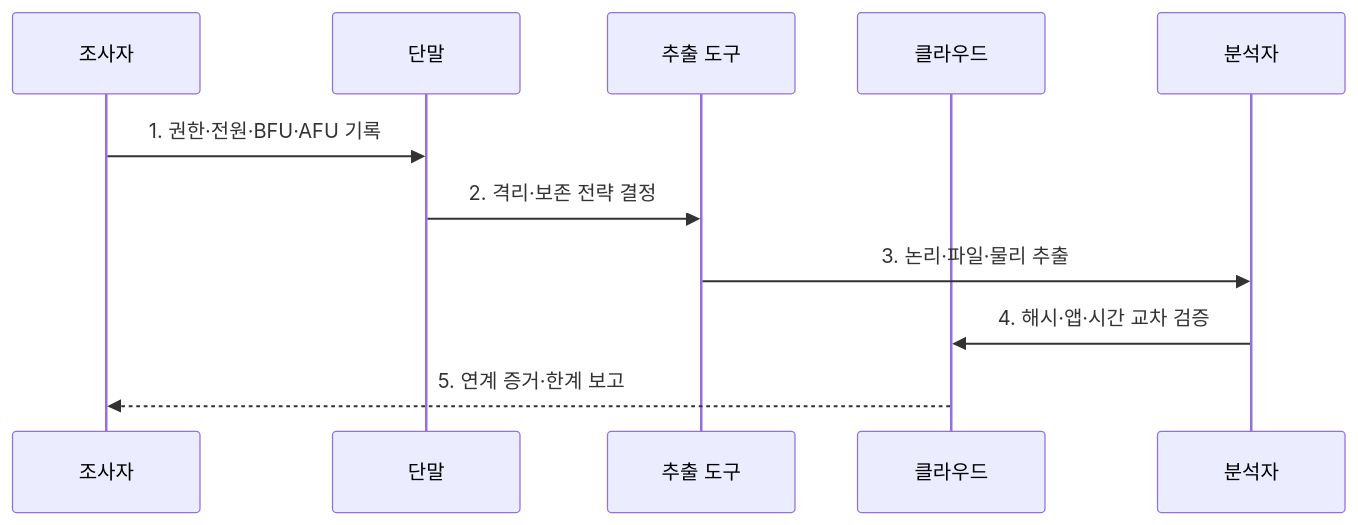
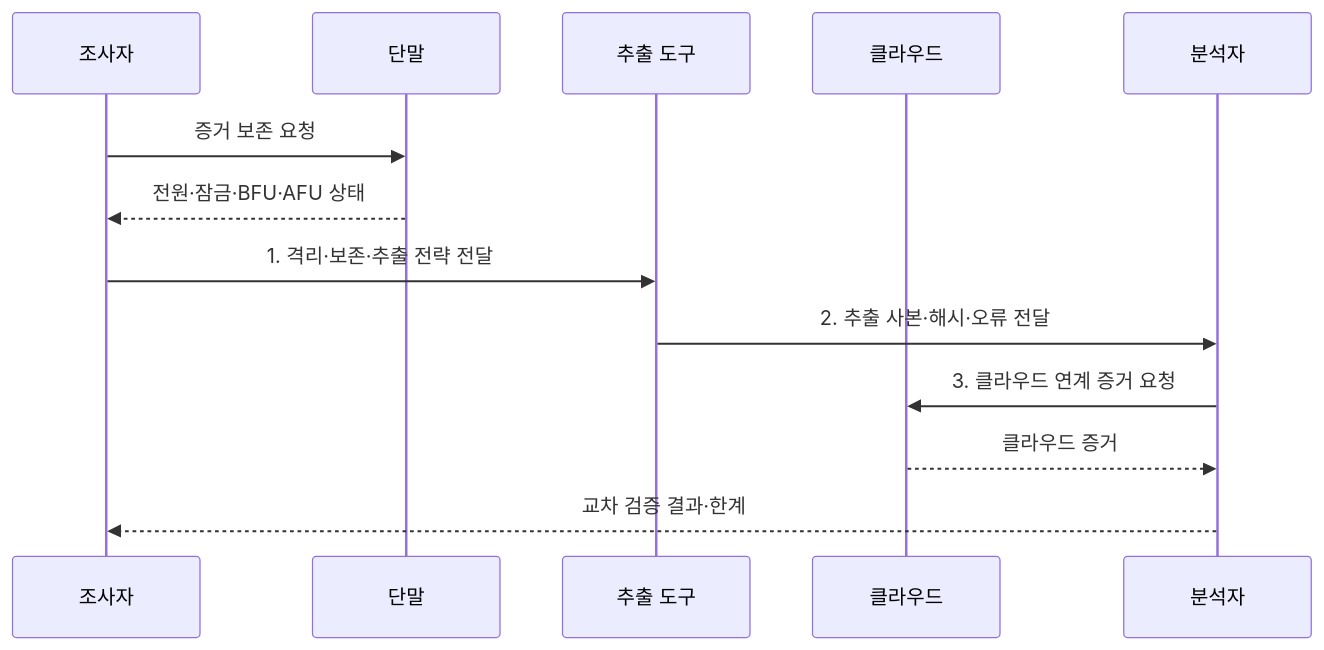
The second of 2 diagrams in src/content/docs/notes/05-security/115_mobile_forensics.md (agnusdei1207/knowledge-base), drawn with Mermaid before and after one commit. The commit also changed other lines of this file and 20 other files, not shown here.

````diff
--- a/src/content/docs/notes/05-security/115_mobile_forensics.md
+++ b/src/content/docs/notes/05-security/115_mobile_forensics.md
@@ -81,13 +81,15 @@
 ```mermaid
 sequenceDiagram
   participant I as 조사자
   participant D as 단말
   participant T as 추출 도구
   participant C as 클라우드
   participant A as 분석자
-  I->>D: 1. 권한·전원·BFU·AFU 기록
-  D->>T: 2. 격리·보존 전략 결정
-  T->>A: 3. 논리·파일·물리 추출
-  A->>C: 4. 해시·앱·시간 교차 검증
-  C-->>I: 5. 연계 증거·한계 보고
+  I->>D: 증거 보존 요청
+  D-->>I: 전원·잠금·BFU·AFU 상태
+  I->>T: 1. 격리·보존·추출 전략 전달
+  T->>A: 2. 추출 사본·해시·오류 전달
+  A->>C: 3. 클라우드 연계 증거 요청
+  C-->>A: 클라우드 증거
+  A-->>I: 교차 검증 결과·한계
 ```
````
